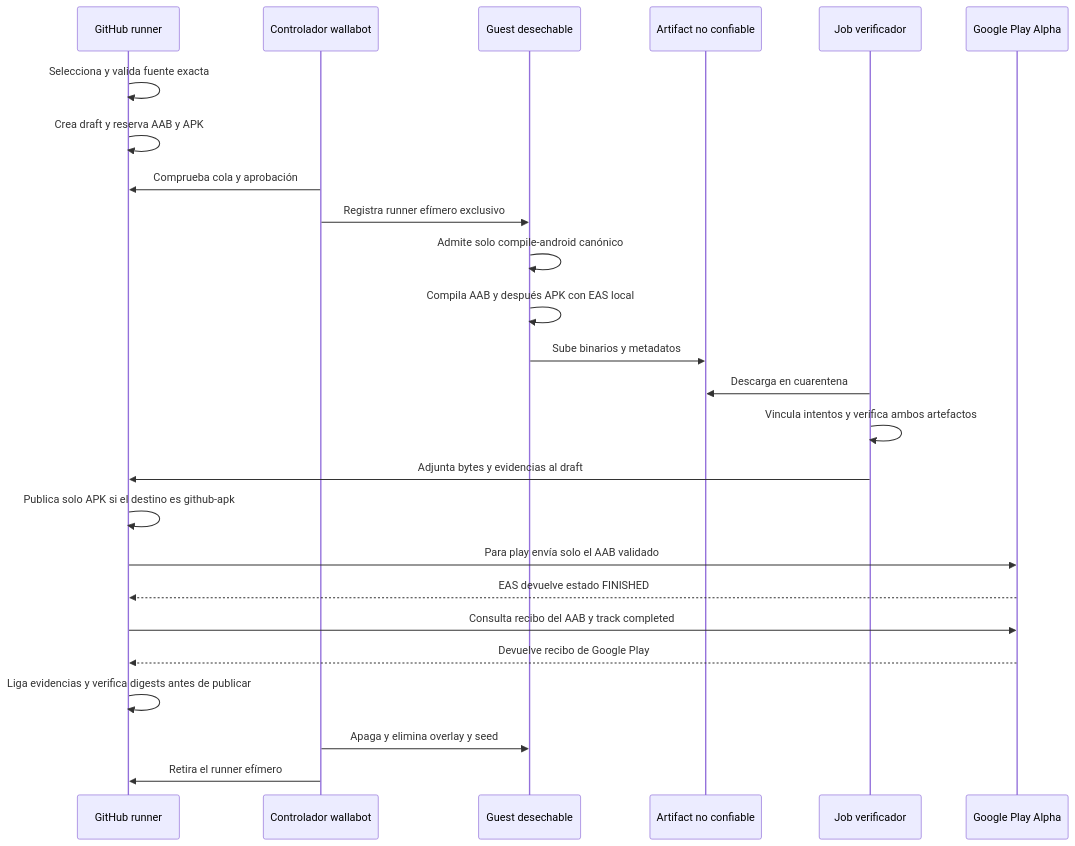
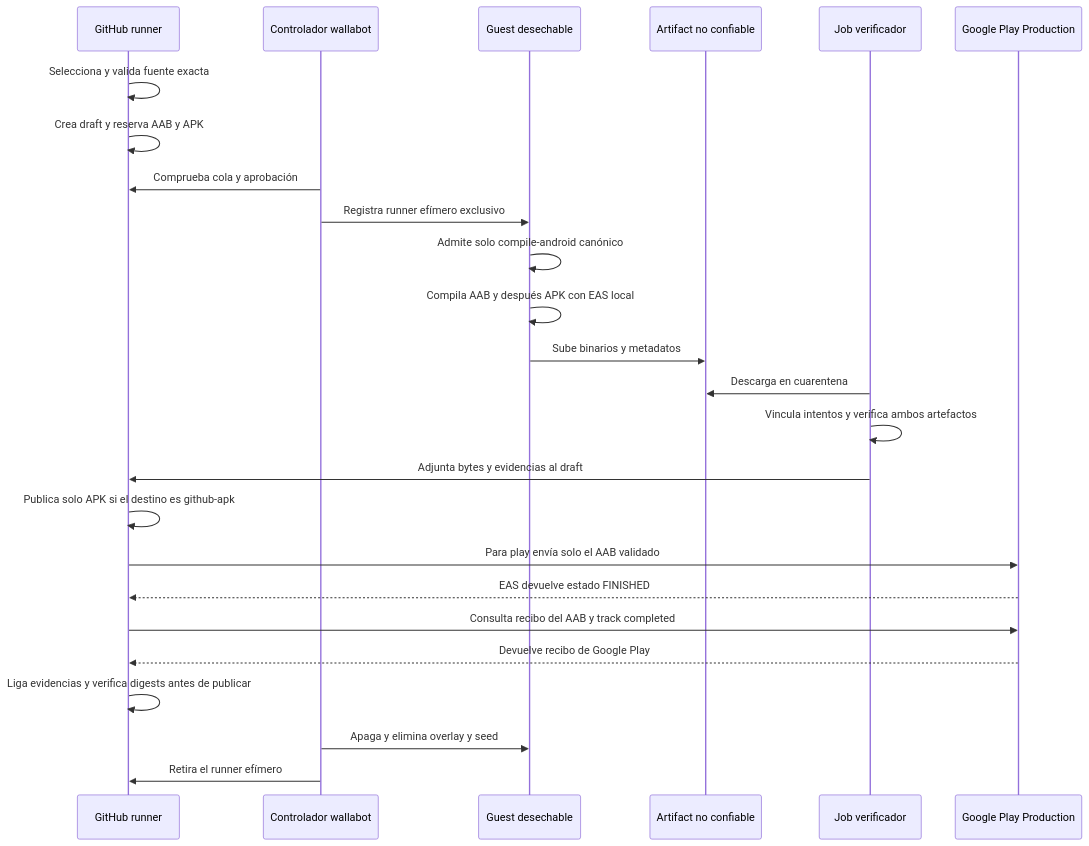
The fourth of 5 diagrams in openwiki/operations/build-release-and-testing.md (maximofn/gymnasia), drawn with Mermaid before and after one commit. The commit also changed other lines of this file and 9 other files, not shown here.

````diff
--- a/openwiki/operations/build-release-and-testing.md
+++ b/openwiki/operations/build-release-and-testing.md
@@ -285,27 +285,27 @@
 ```mermaid
 sequenceDiagram
     participant GH as GitHub runner
     participant HC as Controlador wallabot
     participant VM as Guest desechable
     participant UA as Artifact no confiable
     participant VJ as Job verificador
-    participant PI as Google Play Alpha
+    participant PI as Google Play Production
     GH->>GH: Selecciona y valida fuente exacta
     GH->>GH: Crea draft y reserva AAB y APK
     HC->>GH: Comprueba cola y aprobación
     HC->>VM: Registra runner efímero exclusivo
     VM->>VM: Admite solo compile-android canónico
     VM->>VM: Compila AAB y después APK con EAS local
     VM->>UA: Sube binarios y metadatos
     VJ->>UA: Descarga en cuarentena
     VJ->>VJ: Vincula intentos y verifica ambos artefactos
     VJ->>GH: Adjunta bytes y evidencias al draft
     GH->>GH: Publica solo APK si el destino es github-apk
     GH->>PI: Para play envía solo el AAB validado
     PI-->>GH: EAS devuelve estado FINISHED
     GH->>PI: Consulta recibo del AAB y track completed
     PI-->>GH: Devuelve recibo de Google Play
     GH->>GH: Liga evidencias y verifica digests antes de publicar
     HC->>VM: Apaga y elimina overlay y seed
     HC->>GH: Retira el runner efímero
 ```
````
